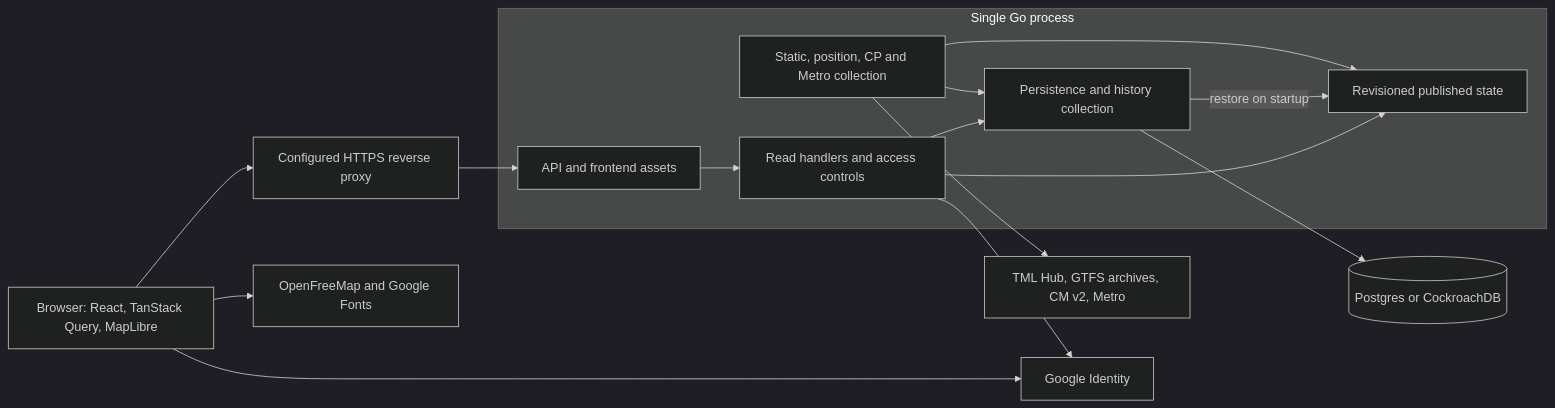
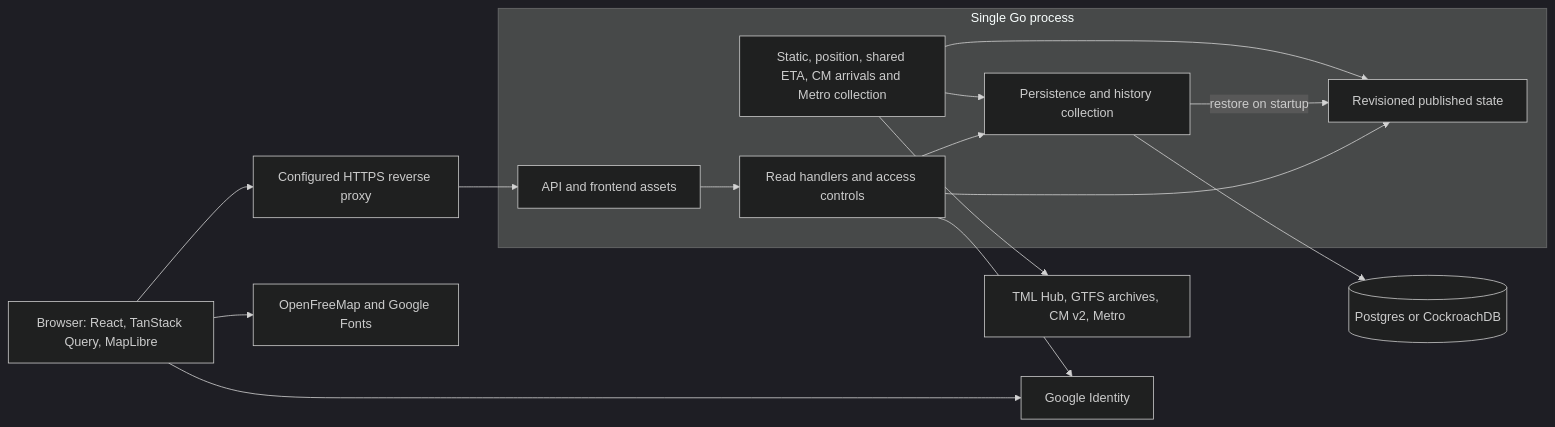
The first of 2 diagrams in docs/architecture.md (rtfpessoa/lisboa-publica), drawn with Mermaid (dark theme) before and after one commit. The commit also changed other lines of this file and 6 other files, not shown here.

````diff
--- a/docs/architecture.md
+++ b/docs/architecture.md
@@ -7,27 +7,27 @@
 ```mermaid
 flowchart LR
     Browser["Browser: React, TanStack Query, MapLibre"]
     Proxy["Configured HTTPS reverse proxy"]
     subgraph App["Single Go process"]
         HTTP["API and frontend assets"]
         Reads["Read handlers and access controls"]
-        Collect["Static, position, CP and Metro collection"]
+        Collect["Static, position, shared ETA, CM arrivals and Metro collection"]
         Cache["Revisioned published state"]
         Store["Persistence and history collection"]
     end
     Sources["TML Hub, GTFS archives, CM v2, Metro"]
     DB[("Postgres or CockroachDB")]
     Identity["Google Identity"]
     Assets["OpenFreeMap and Google Fonts"]
     Browser --> Proxy --> HTTP --> Reads
     Browser --> Assets
     Browser --> Identity
     Reads --> Identity
     Collect --> Sources
     Collect --> Cache
     Collect --> Store
     Store --> DB
     Store -->|restore on startup| Cache
     Reads --> Cache
     Reads --> Store
 ```
````
